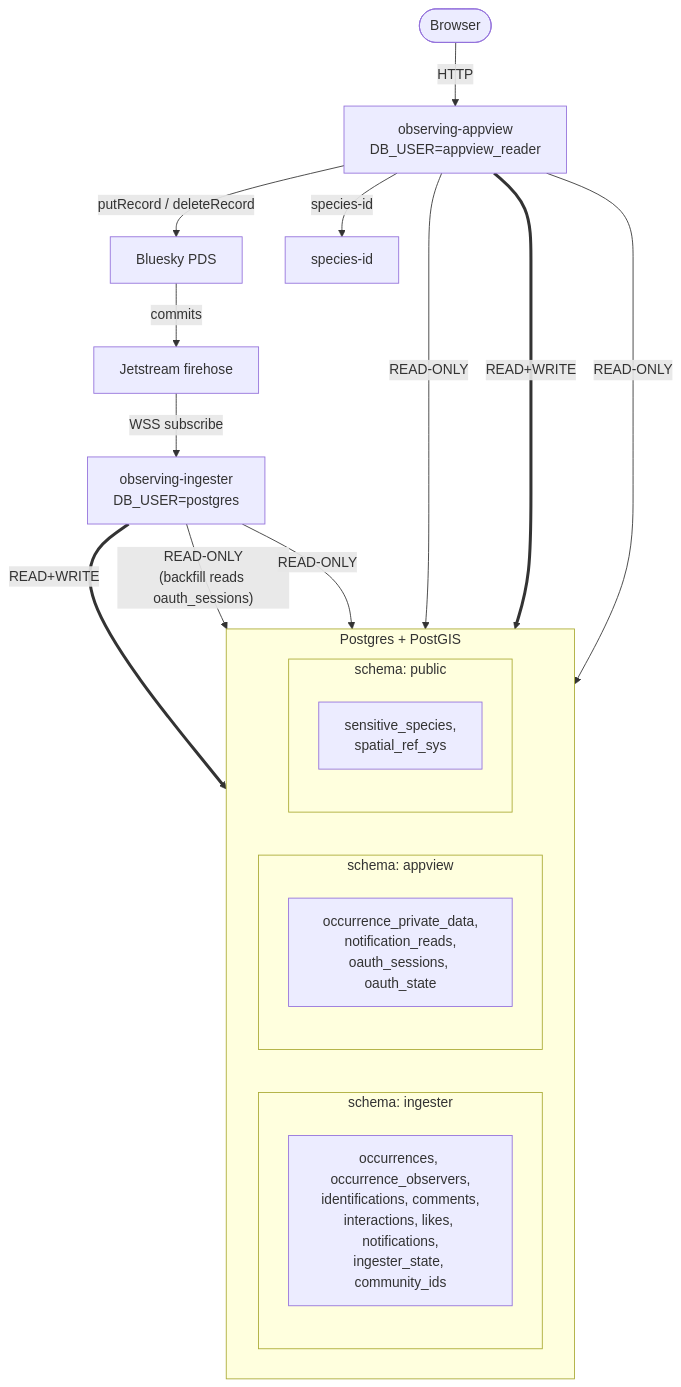
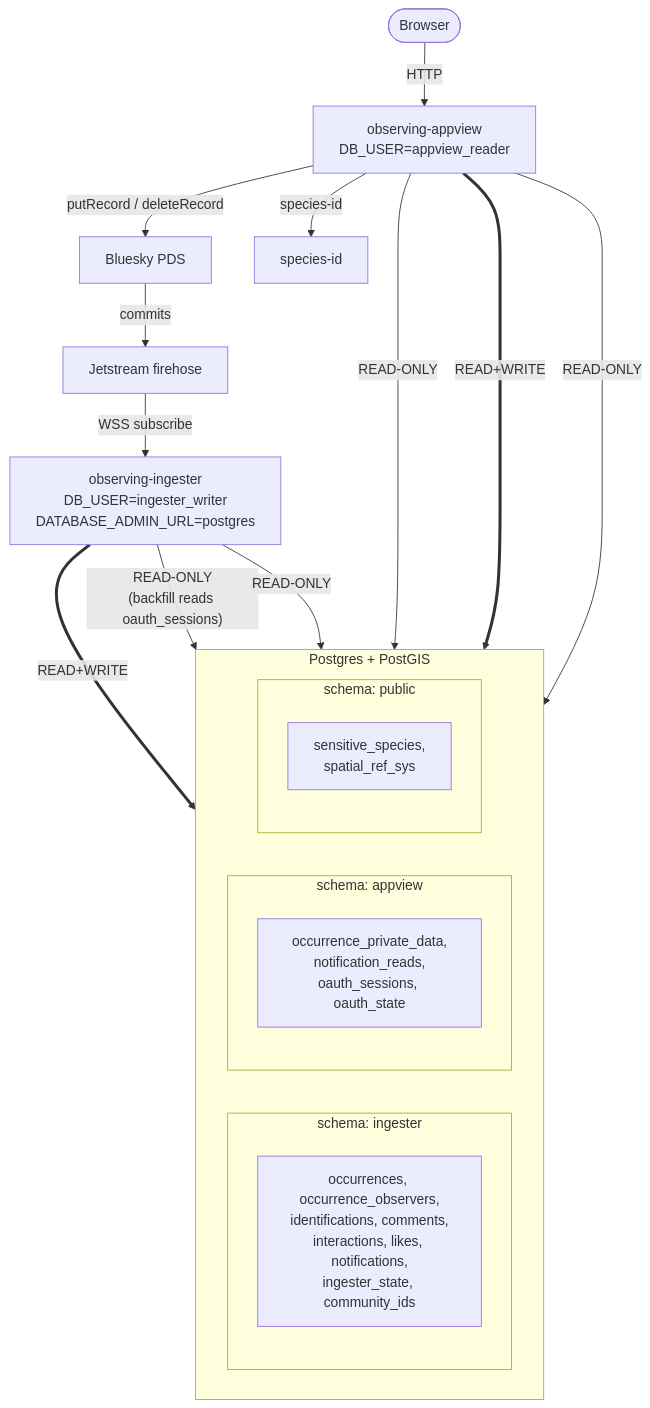
Before and after one commit to observ-ing/core: the diagram in docs/architecture.md, drawn with Mermaid. The commit also changed other lines of this file and 4 other files, not shown here.

First line of the commit message:
feat(db): introduce ingester_writer least-privilege role

````diff
--- a/docs/architecture.md
+++ b/docs/architecture.md
@@ -5,36 +5,36 @@
 ```mermaid
 flowchart TB
     User([Browser])
     PDS[Bluesky PDS]
     JS[Jetstream firehose]
     AV[observing-appview<br/>DB_USER=appview_reader]
-    IG[observing-ingester<br/>DB_USER=postgres]
+    IG[observing-ingester<br/>DB_USER=ingester_writer<br/>DATABASE_ADMIN_URL=postgres]
     SID[species-id]
 
     subgraph DB["Postgres + PostGIS"]
       direction LR
       subgraph ING["schema: ingester"]
         ING_TBL["occurrences, occurrence_observers,<br/>identifications, comments,<br/>interactions, likes, notifications,<br/>ingester_state, community_ids"]
       end
       subgraph APPV["schema: appview"]
         APPV_TBL["occurrence_private_data,<br/>notification_reads,<br/>oauth_sessions, oauth_state"]
       end
       subgraph PUB["schema: public"]
         PUB_TBL["sensitive_species,<br/>spatial_ref_sys"]
       end
     end
 
     User -- HTTP --> AV
     AV -- "putRecord / deleteRecord" --> PDS
     PDS -- commits --> JS
     JS -- "WSS subscribe" --> IG
     AV -- species-id --> SID
 
     IG == "READ+WRITE" ==> ING
     IG -- "READ-ONLY<br/>(backfill reads oauth_sessions)" --> APPV
     IG -- "READ-ONLY" --> PUB
 
     AV -- "READ-ONLY" --> ING
     AV == "READ+WRITE" ==> APPV
     AV -- "READ-ONLY" --> PUB
 ```
````
